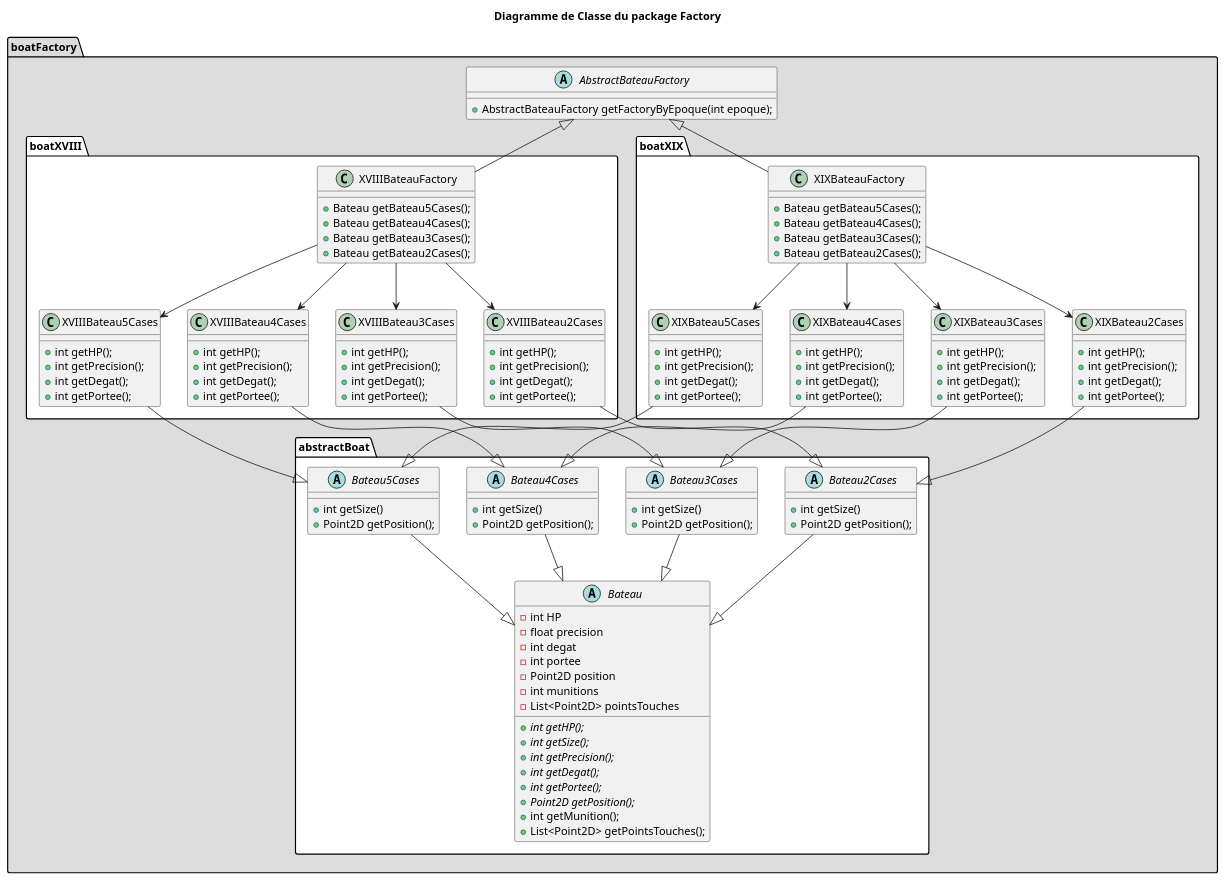
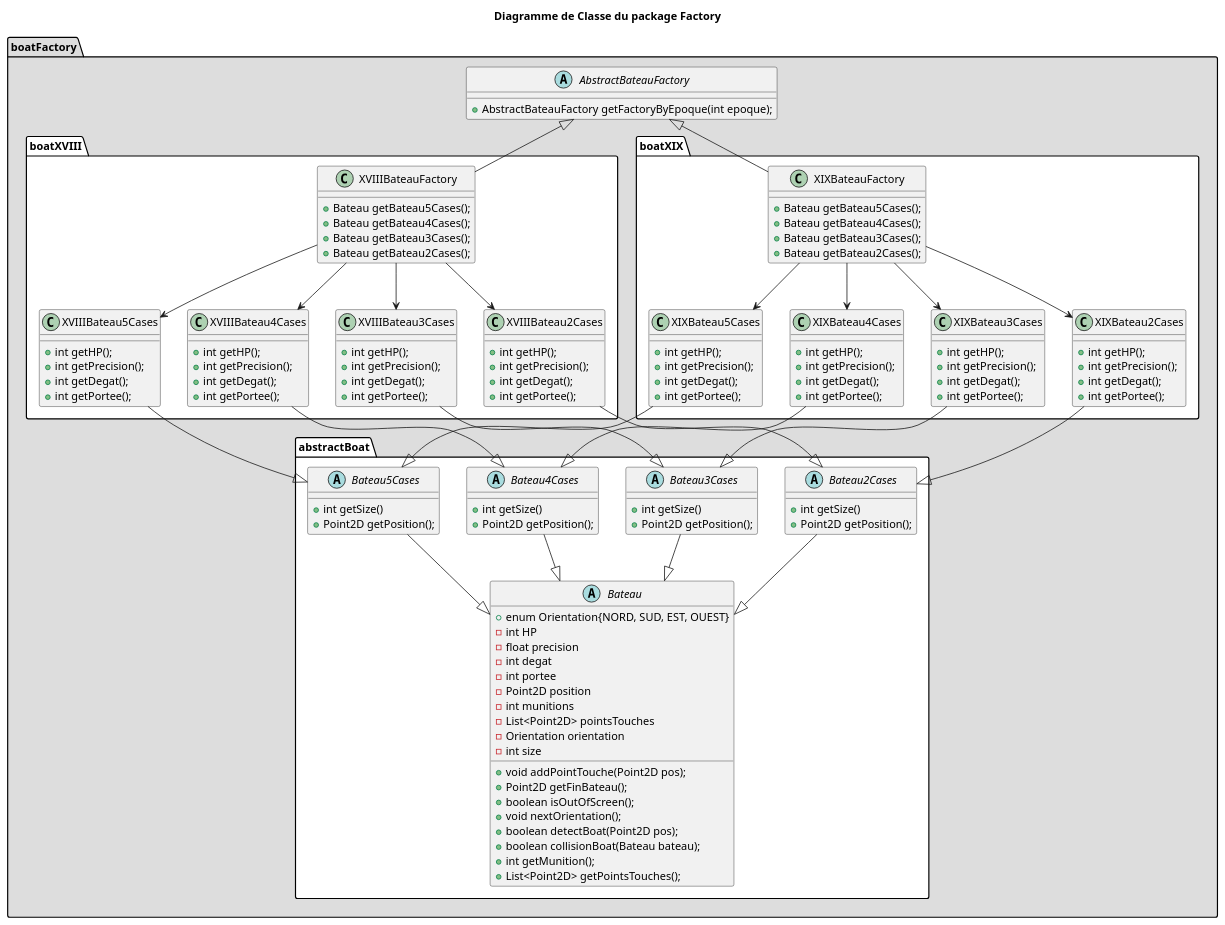
Before and after one commit to AntoineCourtil/CAD2018_Laraclette: the diagram in conception/final/class_package_factory.plantuml, drawn with PlantUML. The commit also changed 13 other files, not shown here.

```diff
--- a/conception/final/class_package_factory.plantuml
+++ b/conception/final/class_package_factory.plantuml
@@ -99,6 +99,7 @@
     package abstractBoat #FFFFFF {
 
         abstract class Bateau {
+            + enum Orientation{NORD, SUD, EST, OUEST}
             - int HP
             - float precision
             - int degat
@@ -106,13 +107,15 @@
             - Point2D position
             - int munitions
             - List<Point2D> pointsTouches
+            - Orientation orientation
+            - int size
 
-            + {abstract} int getHP();
-            + {abstract} int getSize();
-            + {abstract} int getPrecision();
-            + {abstract} int getDegat();
-            + {abstract} int getPortee();
-            + {abstract} Point2D getPosition();
+            + void addPointTouche(Point2D pos);
+            + Point2D getFinBateau();
+            + boolean isOutOfScreen();
+            + void nextOrientation();
+            + boolean detectBoat(Point2D pos);
+            + boolean collisionBoat(Bateau bateau);
             + int getMunition();
             + List<Point2D> getPointsTouches();
         }
```
